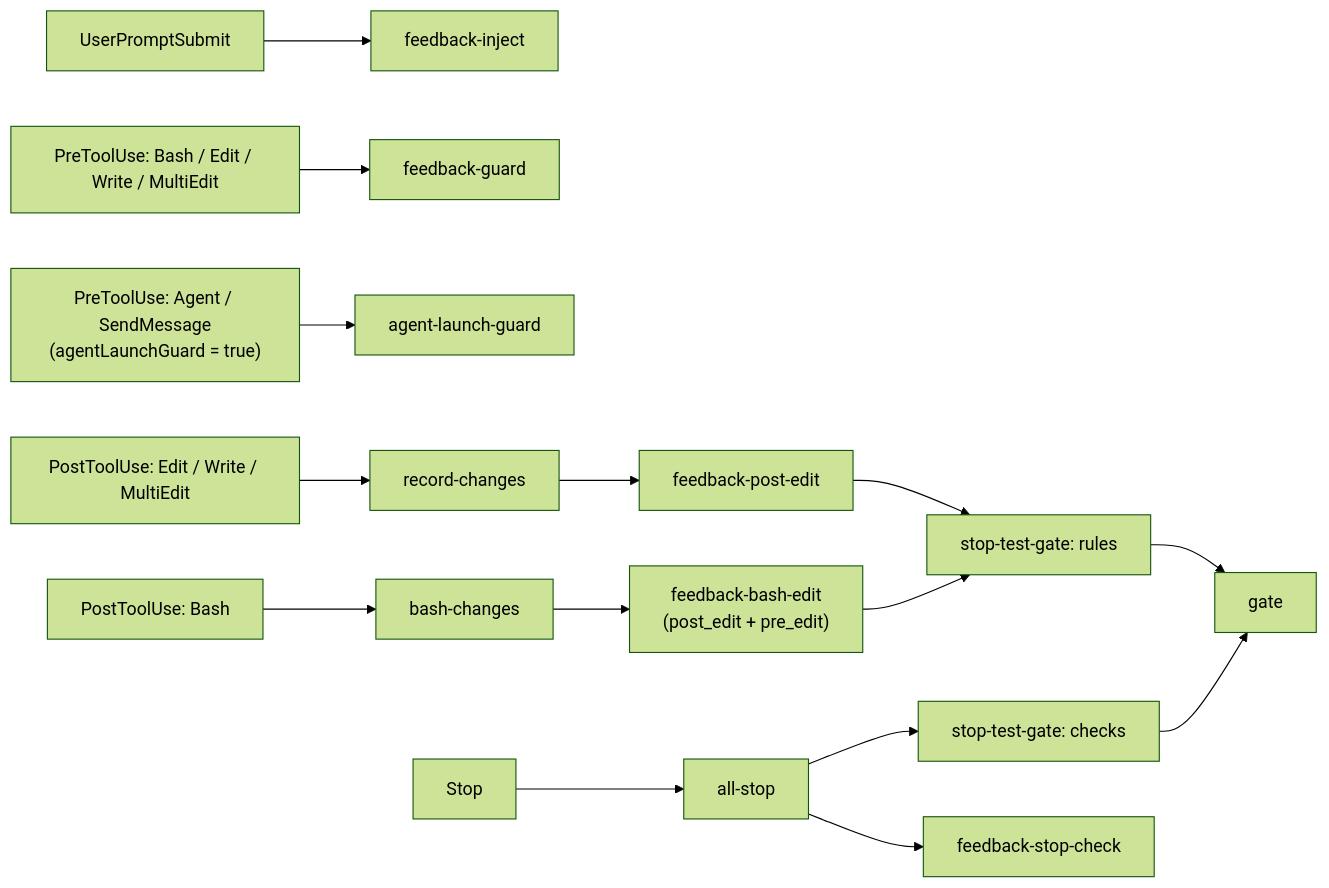
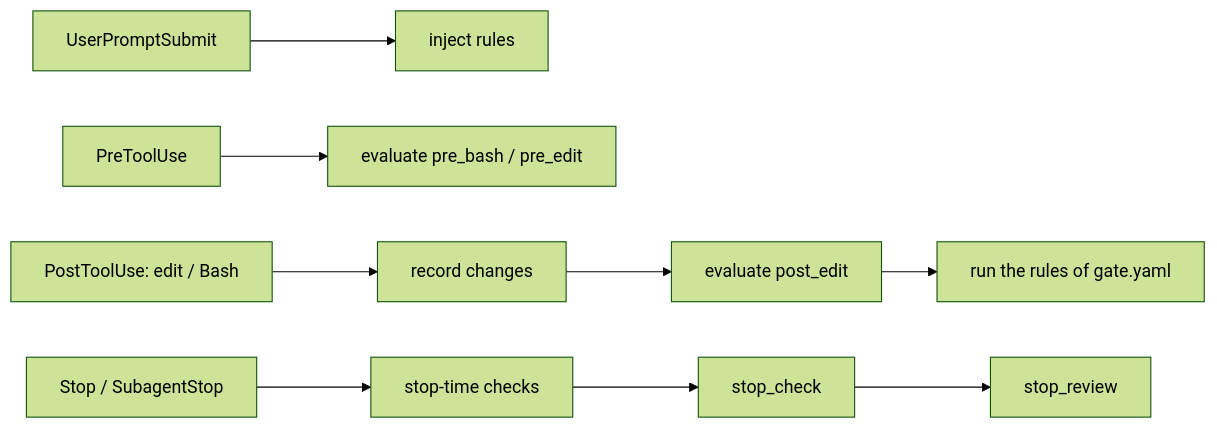
Before and after one commit to nonchan7720/claude-hook-gate: the diagram in docs/hooks.md, drawn with Mermaid (forest theme). The commit also changed other lines of this file and 17 other files, not shown here.

````diff
--- a/docs/hooks.md
+++ b/docs/hooks.md
@@ -60,17 +71,11 @@
 ```mermaid
 flowchart LR
-  P[UserPromptSubmit] --> I[feedback-inject]
-  T[PreToolUse: Bash / Edit / Write / MultiEdit] --> G[feedback-guard]
-  T2["PreToolUse: Agent / SendMessage<br/>(agentLaunchGuard = true)"] --> AL[agent-launch-guard]
-  E[PostToolUse: Edit / Write / MultiEdit] --> R[record-changes]
-  R --> PE[feedback-post-edit]
-  PE --> S[stop-test-gate: rules]
-  EB[PostToolUse: Bash] --> BC[bash-changes]
-  BC --> BE["feedback-bash-edit<br/>(post_edit + pre_edit)"]
-  BE --> S
-  S --> SG[gate]
-  X[Stop] --> A[all-stop]
-  A --> C[stop-test-gate: checks]
-  A --> F[feedback-stop-check]
-  C --> SG
+  P[UserPromptSubmit] --> I[inject rules]
+  T[PreToolUse] --> G[evaluate pre_bash / pre_edit]
+  E[PostToolUse: edit / Bash] --> R[record changes]
+  R --> PE[evaluate post_edit]
+  PE --> S[run the rules of gate.yaml]
+  X[Stop / SubagentStop] --> C[stop-time checks]
+  C --> F[stop_check]
+  F --> V[stop_review]
 ```
````
